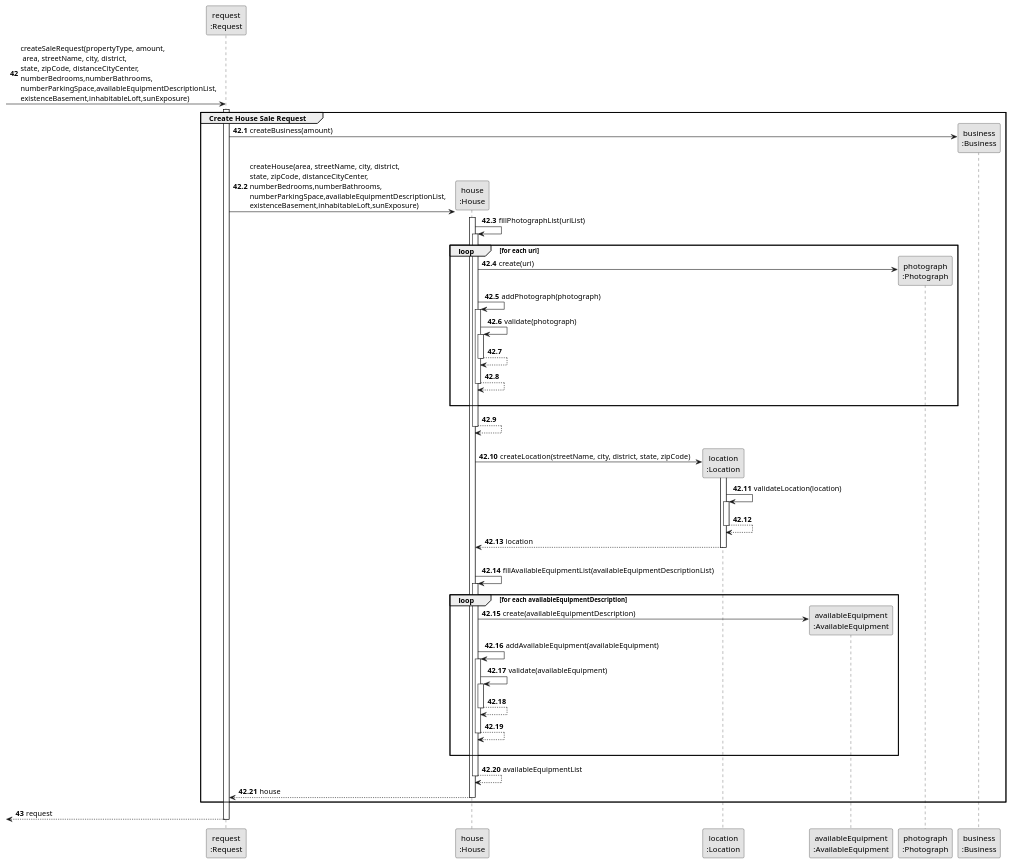
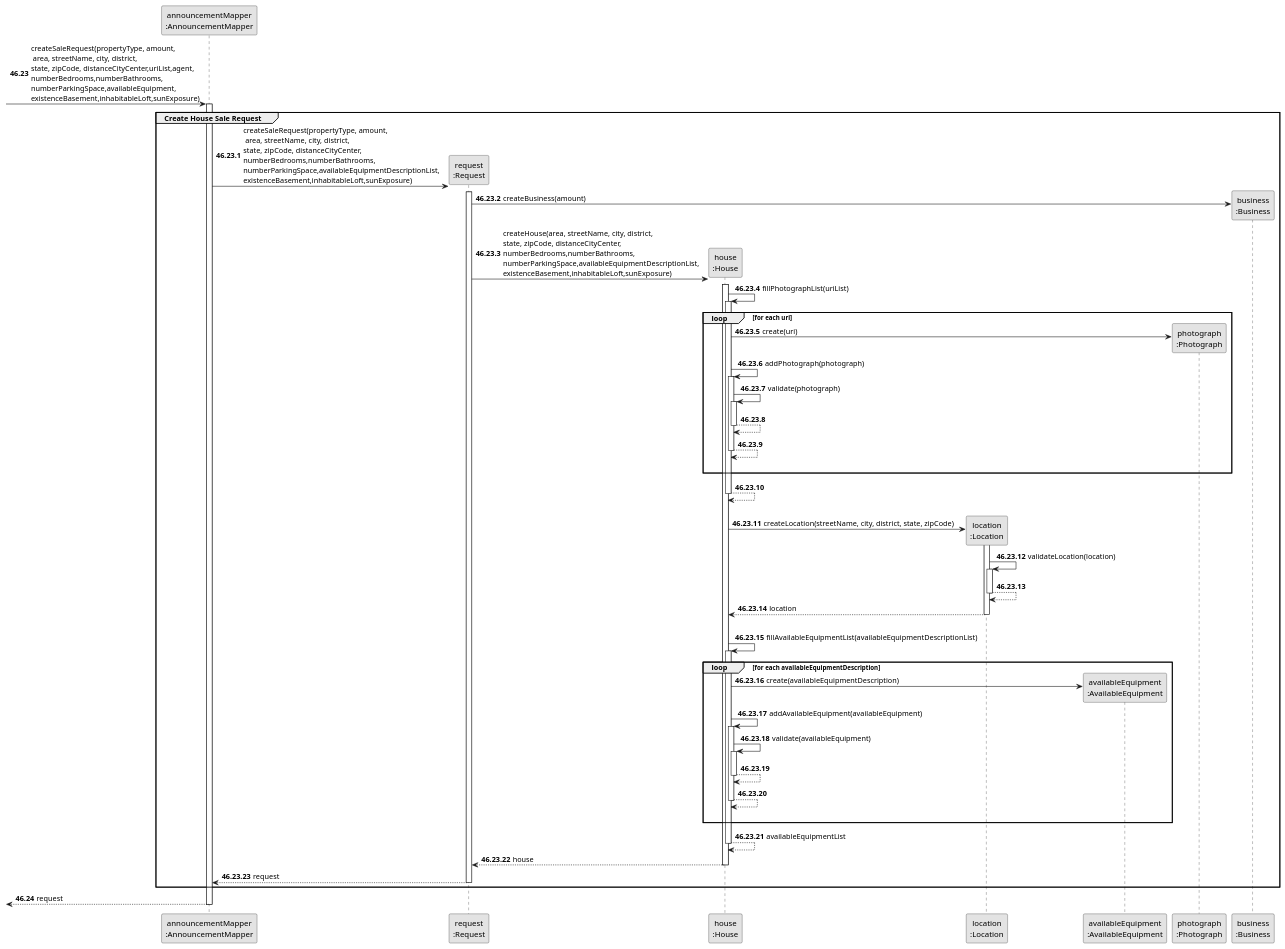
One commit to rita-barbosa/LAPR2-2223 changed the diagram in docs/sprintD/us002/03.design/puml/us002-sequence-diagram-partial-create-house-sale-request.puml. Above: the diagram before and after it, drawn with PlantUML. The commit also changed 19 other files, not shown here.

Commit message:
Update sequence diagrams [US002][Design][#05 Task]

```diff
--- a/docs/sprintD/us002/03.design/puml/us002-sequence-diagram-partial-create-house-sale-request.puml
+++ b/docs/sprintD/us002/03.design/puml/us002-sequence-diagram-partial-create-house-sale-request.puml
@@ -1,104 +1,109 @@
 @startuml
 skinparam monochrome true
 skinparam packageStyle rectangle
 skinparam shadowing false
 
+participant "announcementMapper\n:AnnouncementMapper" as MAPPER
 participant "request\n:Request" as REQUEST
 participant "house\n:House" as HOUSE
 participant "location\n:Location" as LOCATION
 participant "availableEquipment\n:AvailableEquipment" as AEQUIP
 participant "photograph\n:Photograph" as PHOTO
 participant "business\n:Business" as BUSINESS
 
 
-autonumber 42
+autonumber 46.23
 
-       -> REQUEST **: createSaleRequest(propertyType, amount,\n area, streetName, city, district,\nstate, zipCode, distanceCityCenter,\nnumberBedrooms,numberBathrooms,\nnumberParkingSpace,availableEquipmentDescriptionList,\nexistenceBasement,inhabitableLoft,sunExposure)
-       activate REQUEST
+            -> MAPPER : createSaleRequest(propertyType, amount,\n area, streetName, city, district,\nstate, zipCode, distanceCityCenter,uriList,agent,\nnumberBedrooms,numberBathrooms,\nnumberParkingSpace,availableEquipment,\nexistenceBasement,inhabitableLoft,sunExposure)
+            activate MAPPER
 
-autonumber 42.1
+autonumber 46.23.1
 
     group Create House Sale Request
 
+        MAPPER -> REQUEST **: createSaleRequest(propertyType, amount,\n area, streetName, city, district,\nstate, zipCode, distanceCityCenter,\nnumberBedrooms,numberBathrooms,\nnumberParkingSpace,availableEquipmentDescriptionList,\nexistenceBasement,inhabitableLoft,sunExposure)
+        activate REQUEST
 
              REQUEST -> BUSINESS** : createBusiness(amount)
 
                 REQUEST -> HOUSE** : createHouse(area, streetName, city, district,\nstate, zipCode, distanceCityCenter,\nnumberBedrooms,numberBathrooms,\nnumberParkingSpace,availableEquipmentDescriptionList,\nexistenceBasement,inhabitableLoft,sunExposure)
                 activate HOUSE
 
                  HOUSE -> HOUSE: fillPhotographList(uriList)
                  activate HOUSE
 
                  loop for each uri
 
                  HOUSE -> PHOTO**: create(uri)
 
                  HOUSE -> HOUSE: addPhotograph(photograph)
                  activate HOUSE
 
                  HOUSE -> HOUSE: validate(photograph)
                  activate HOUSE
 
                  HOUSE --> HOUSE:
                  deactivate HOUSE
 
                  HOUSE --> HOUSE:
                  deactivate HOUSE
                  |||
                  end loop
 
                  HOUSE --> HOUSE:
                  deactivate HOUSE
 
 
                  |||
                  HOUSE -> LOCATION** : createLocation(streetName, city, district, state, zipCode)
                  activate LOCATION
 
                  LOCATION -> LOCATION : validateLocation(location)
                  activate LOCATION
 
                  LOCATION--> LOCATION
                  deactivate LOCATION
 
                  LOCATION --> HOUSE : location
                  deactivate LOCATION
 
 
                  |||
                  HOUSE -> HOUSE : fillAvailableEquipmentList(availableEquipmentDescriptionList)
                  activate HOUSE
 
                 loop for each availableEquipmentDescription
 
                 HOUSE -> AEQUIP**: create(availableEquipmentDescription)
 
                 HOUSE -> HOUSE : addAvailableEquipment(availableEquipment)
                 activate HOUSE
 
                 HOUSE -> HOUSE : validate(availableEquipment)
                 activate HOUSE
 
                 HOUSE --> HOUSE :
                 deactivate HOUSE
 
                 HOUSE --> HOUSE :
                 deactivate HOUSE
                |||
                end loop
 
              HOUSE --> HOUSE : availableEquipmentList
              deactivate HOUSE
 
 
             HOUSE --> REQUEST : house
             deactivate HOUSE
 
+            REQUEST --> MAPPER : request
+            deactivate REQUEST
     end
 
-autonumber 43
-        <--  REQUEST : request
-        deactivate REQUEST
+autonumber 46.24
+         <--  MAPPER : request
+         deactivate MAPPER
 
 
 @enduml
```
